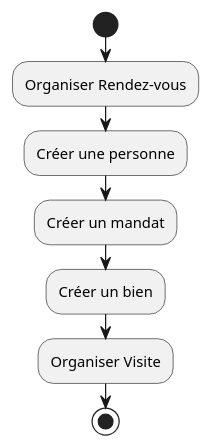
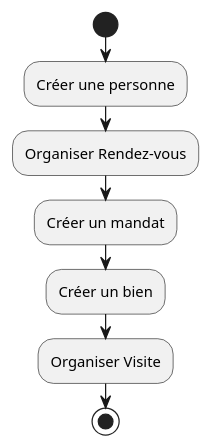
Before and after one commit to DenisGuiraudet/MIASHS_UML_PTUT: the diagram in DOC/UML/diagActivity.plantuml, drawn with PlantUML. The commit also changed 6 other files, not shown here.

Commit message:
UML : stuff

```diff
--- a/DOC/UML/diagActivity.plantuml
+++ b/DOC/UML/diagActivity.plantuml
@@ -2,15 +2,17 @@
 @startuml
 
 start
 
+:Créer une personne;
+
 :Organiser Rendez-vous;
 
-:Créer une personne;
 :Créer un mandat;
+
 :Créer un bien;
 
 :Organiser Visite;
 
 stop
 
 @enduml
```
